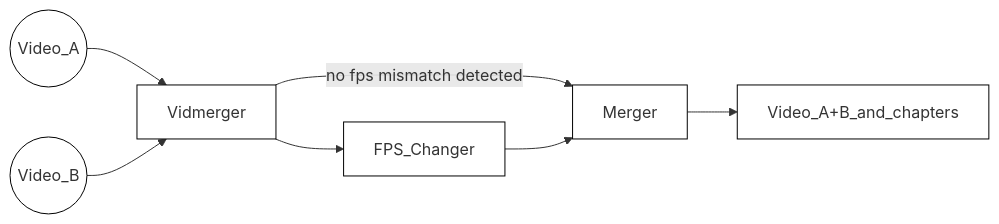
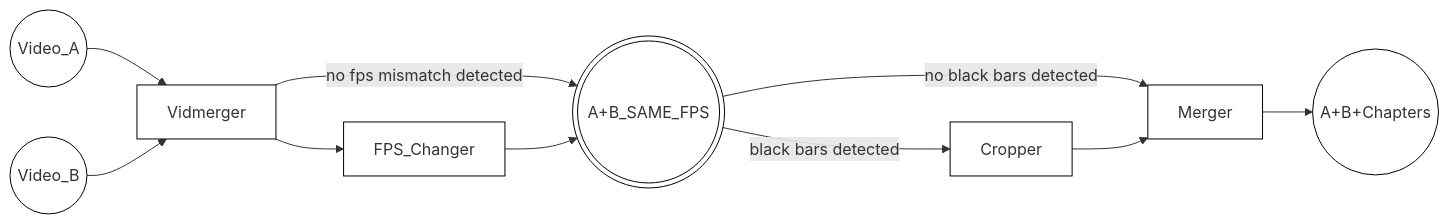
Before and after one commit to tgotwig/vidmerger: the diagram in README.md, drawn with Mermaid. The commit also changed other lines of this file and 7 other files, not shown here.

First line of the commit message:
feat(cropper): remove black bars before merge (#50) (#108)

````diff
--- a/README.md
+++ b/README.md
@@ -69,9 +70,12 @@
 ```mermaid
 %%{init: {'themeVariables': { 'mainBkg': 'white', 'nodeBorder': 'black' }}}%%
 graph LR;
 VideoA((Video_A))-->Vidmerger;
 VideoB((Video_B))-->Vidmerger;
-Vidmerger-->|no fps mismatch detected| Merger;
-Vidmerger-->FPS_Changer-->Merger;
-Merger-->Video_A+B_and_chapters;
+Vidmerger-->|no fps mismatch detected| A_B_SAME_FPS((("A+B_SAME_FPS")));
+Vidmerger-->FPS_Changer-->A_B_SAME_FPS;
+A_B_SAME_FPS-->|black bars detected| Cropper;
+A_B_SAME_FPS-->|no black bars detected| Merger;
+Cropper-->Merger;
+Merger-->Output((A+B+Chapters));
 ```
````
